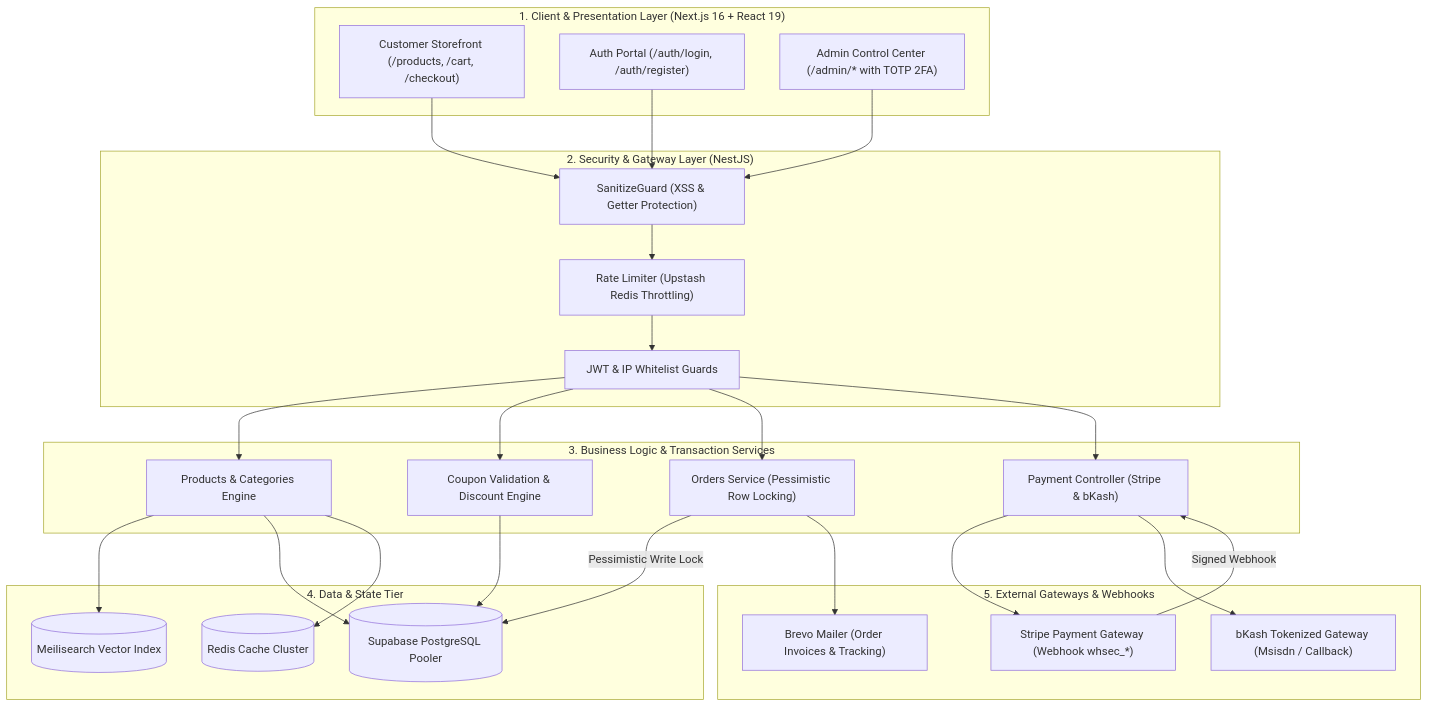
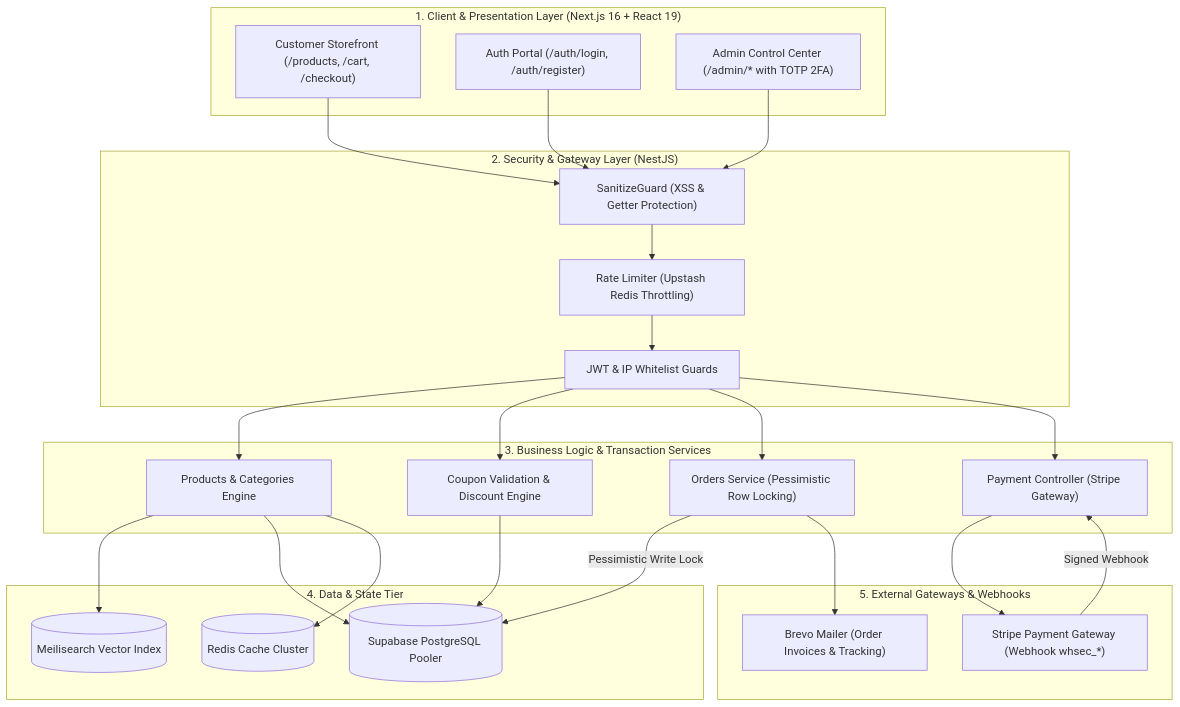
The first of 2 diagrams in README.md (UMARMUKTHAR03/ecommerce-platform), drawn with Mermaid before and after one commit. The commit also changed other lines of this file and 12 other files, not shown here.

Commit message:
chore: remove bKash payment integration, keep Stripe as sole gateway

````diff
--- a/README.md
+++ b/README.md
@@ -74,45 +74,44 @@
 ```mermaid
 flowchart TD
     subgraph ClientLayer ["1. Client & Presentation Layer (Next.js 16 + React 19)"]
         UI["Customer Storefront (/products, /cart, /checkout)"]
         AuthUI["Auth Portal (/auth/login, /auth/register)"]
         AdminUI["Admin Control Center (/admin/* with TOTP 2FA)"]
     end
 
     subgraph SecurityGateway ["2. Security & Gateway Layer (NestJS)"]
         Sanitize["SanitizeGuard (XSS & Getter Protection)"]
         Throttler["Rate Limiter (Upstash Redis Throttling)"]
         AuthGuard["JWT & IP Whitelist Guards"]
     end
 
     subgraph CoreServices ["3. Business Logic & Transaction Services"]
         ProductSvc["Products & Categories Engine"]
         CouponSvc["Coupon Validation & Discount Engine"]
         OrderSvc["Orders Service (Pessimistic Row Locking)"]
-        PaymentSvc["Payment Controller (Stripe & bKash)"]
+        PaymentSvc["Payment Controller (Stripe Gateway)"]
     end
 
     subgraph DataPersistence ["4. Data & State Tier"]
         DB[(Supabase PostgreSQL Pooler)]
         Search[(Meilisearch Vector Index)]
         Cache[(Redis Cache Cluster)]
     end
 
     subgraph ExternalServices ["5. External Gateways & Webhooks"]
         StripeGW["Stripe Payment Gateway (Webhook whsec_*)"]
-        BkashGW["bKash Tokenized Gateway (Msisdn / Callback)"]
         BrevoGW["Brevo Mailer (Order Invoices & Tracking)"]
     end
 
     UI --> Sanitize
     AuthUI --> Sanitize
     AdminUI --> Sanitize
     Sanitize --> Throttler --> AuthGuard
     AuthGuard --> ProductSvc & CouponSvc & OrderSvc & PaymentSvc
     ProductSvc --> Search & DB & Cache
     CouponSvc --> DB
     OrderSvc -->|Pessimistic Write Lock| DB
-    PaymentSvc --> StripeGW & BkashGW
+    PaymentSvc --> StripeGW
     StripeGW -->|Signed Webhook| PaymentSvc
     OrderSvc --> BrevoGW
 ```
````
